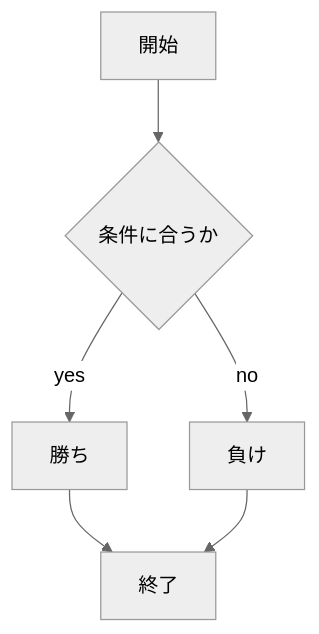
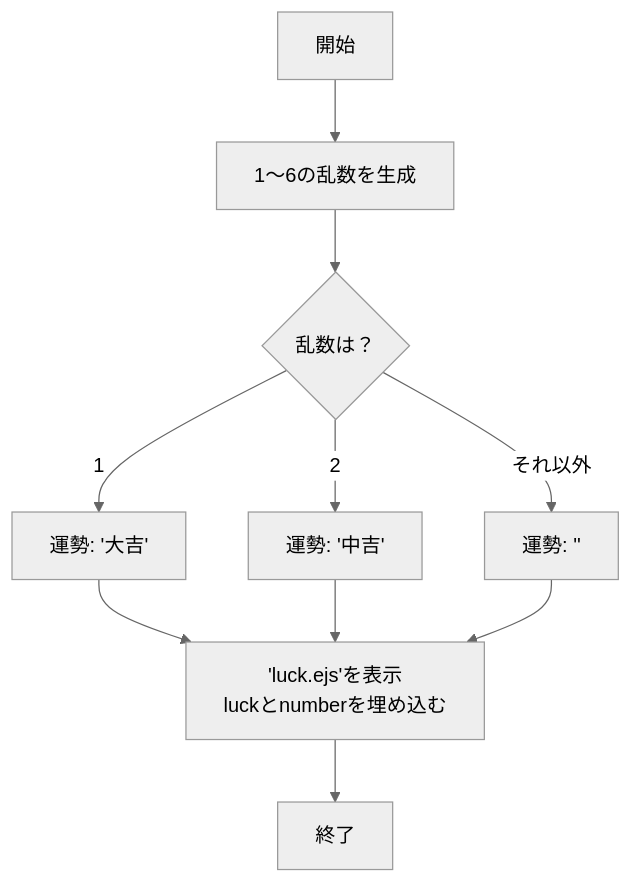
The third of 7 diagrams in README.md (KugeRiku/webpro_06), drawn with Mermaid (neutral theme) before and after one commit. The commit also changed other lines of this file, not shown here.

````diff
--- a/README.md
+++ b/README.md
@@ -116,15 +125,13 @@
 ```mermaid
 flowchart TD
 
-start["開始"];
-end1["終了"];
-if{"条件に合うか"};
-win["勝ち"];
-loose["負け"];
-
-start --> if
-if -->|yes| win
-win --> end1
-if -->|no| loose
-loose --> end1
+start["開始"] --> generateRandom["1～6の乱数を生成"]
+generateRandom --> checkLuck{"乱数は？"}
+checkLuck -->|1| setGreatLuck["運勢: '大吉'"]
+checkLuck -->|2| setMediumLuck["運勢: '中吉'"]
+checkLuck -->|それ以外| setOtherLuck["運勢: ''"]
+setGreatLuck --> renderLuck
+setMediumLuck --> renderLuck
+setOtherLuck --> renderLuck
+renderLuck["'luck.ejs'を表示<br>luckとnumberを埋め込む"] --> end1["終了"]
 ```
````
